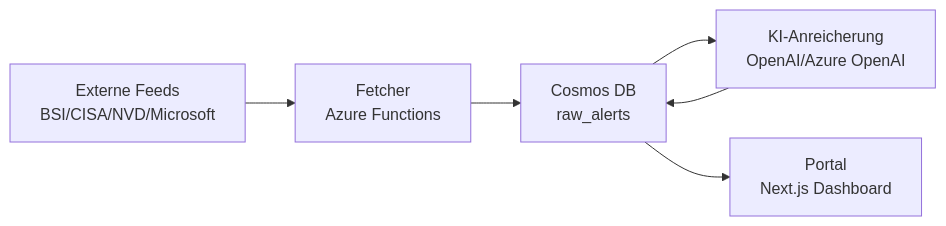
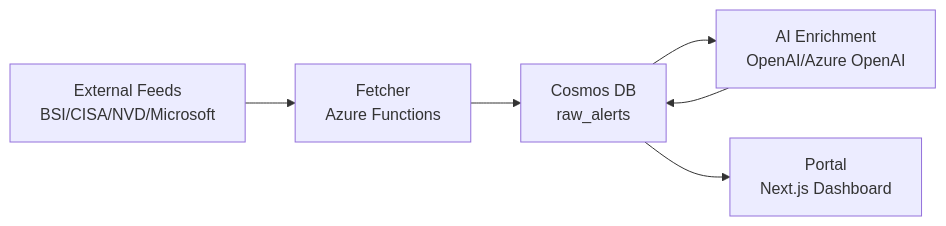
Before and after one commit to rashadbakirov/cyberlage: the diagram in ARCHITEKTUR.md, drawn with Mermaid. The commit also changed other lines of this file and 163 other files, not shown here.

````diff
--- a/ARCHITEKTUR.md
+++ b/ARCHITEKTUR.md
@@ -9,13 +9,13 @@
 ```mermaid
 flowchart LR
-  A[Externe Feeds
+  A[External Feeds
 BSI/CISA/NVD/Microsoft] --> B[Fetcher
 Azure Functions]
   B --> C[Cosmos DB
 raw_alerts]
-  C --> D[KI-Anreicherung
+  C --> D[AI Enrichment
 OpenAI/Azure OpenAI]
   D --> C
   C --> E[Portal
 Next.js Dashboard]
 ```
````
